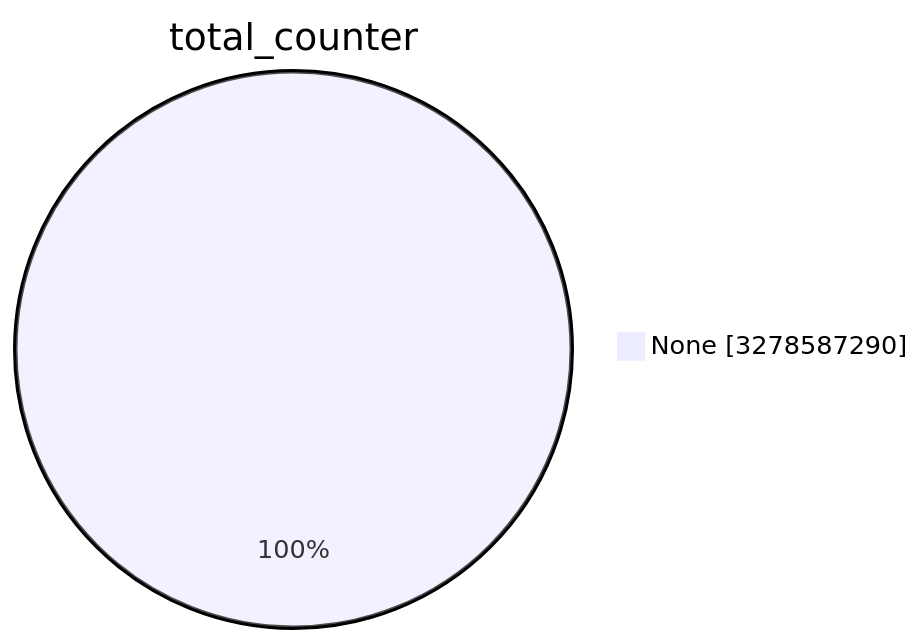
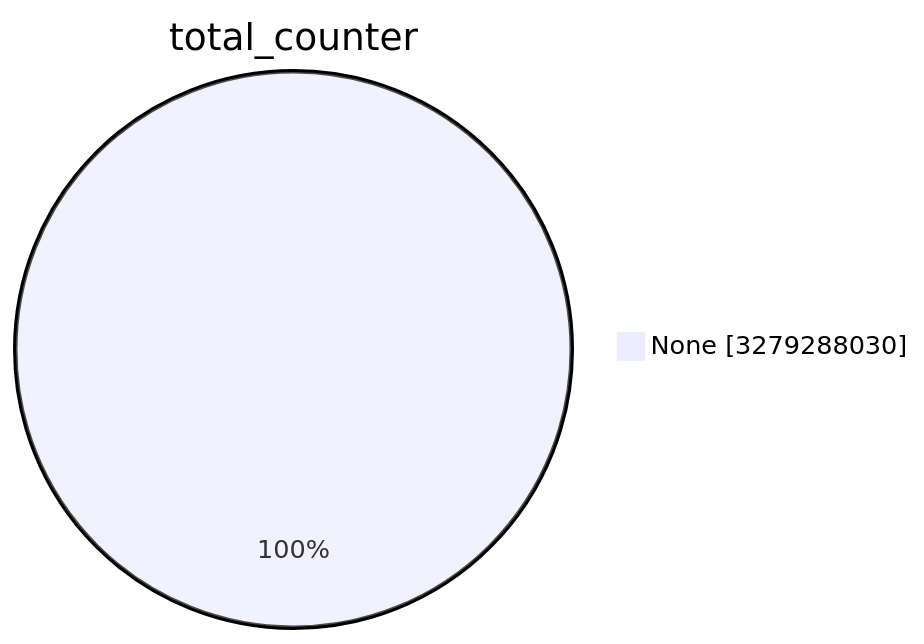
The first of 15 diagrams in TOTAL/README.md (christiankrug/ctmonitor_visualization), drawn with Mermaid before and after one commit. The commit also changed other lines of this file, not shown here.

````diff
--- a/TOTAL/README.md
+++ b/TOTAL/README.md
@@ -1,5 +1,5 @@
 ```mermaid
 pie showData
 title total_counter
-"None" :3278587290
+"None" :3279288030
 ```
````
